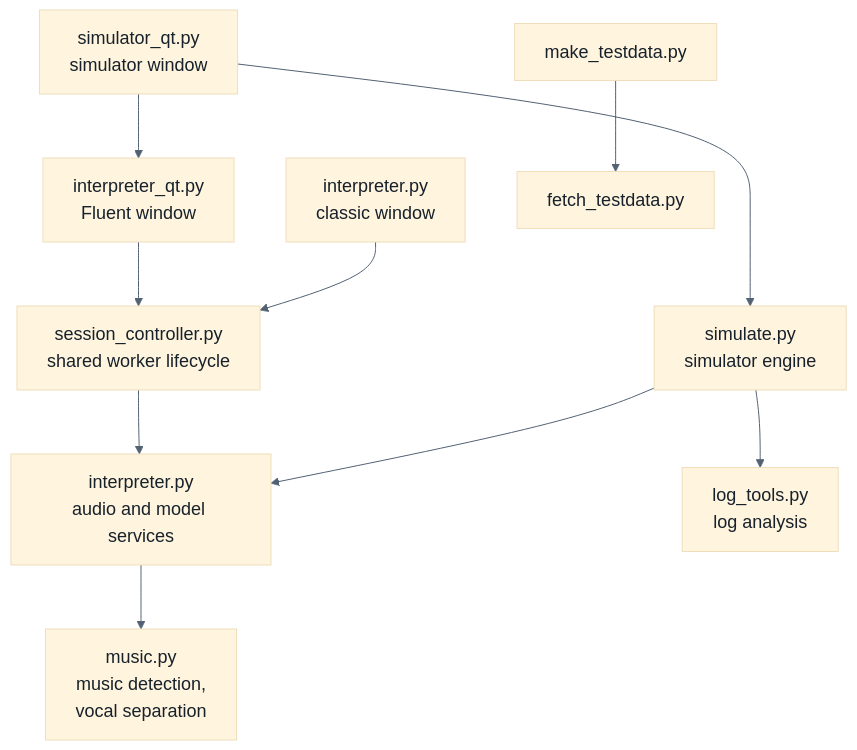
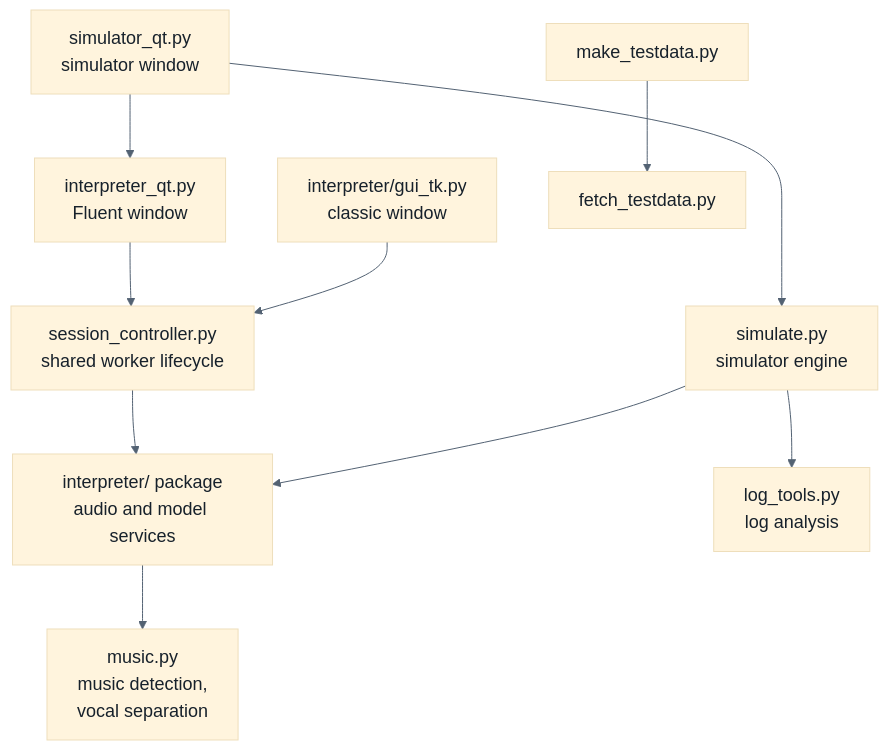
Before and after one commit to Benn-maker-bot/Interpreter: the ninth of 9 diagrams in docs/MAP.md, drawn with Mermaid. The commit also changed 16 other files, not shown here.

First line of the commit message:
Update docs and comments for the interpreter package

````diff
--- a/docs/MAP.md
+++ b/docs/MAP.md
@@ -188,13 +188,13 @@
 ```mermaid
 %%{init: {"theme": "base", "themeVariables": {"fontSize": "18px", "fontFamily": "Segoe UI, Arial, sans-serif", "lineColor": "#536273", "primaryTextColor": "#17212b"}, "flowchart": {"nodeSpacing": 52, "rankSpacing": 64, "htmlLabels": true, "curve": "basis"}}}%%
 flowchart TB
     IQ[interpreter_qt.py<br/>Fluent window] --> SC[session_controller.py<br/>shared worker lifecycle]
-    CI[interpreter.py<br/>classic window] --> SC
-    SC --> I[interpreter.py<br/>audio and model services]
+    CI[interpreter/gui_tk.py<br/>classic window] --> SC
+    SC --> I[interpreter/ package<br/>audio and model services]
     I --> M[music.py<br/>music detection,<br/>vocal separation]
     SQ[simulator_qt.py<br/>simulator window] --> S[simulate.py<br/>simulator engine]
     SQ --> IQ
     S --> I
     S --> LT[log_tools.py<br/>log analysis]
     MT[make_testdata.py] --> FT[fetch_testdata.py]
 ```
````
